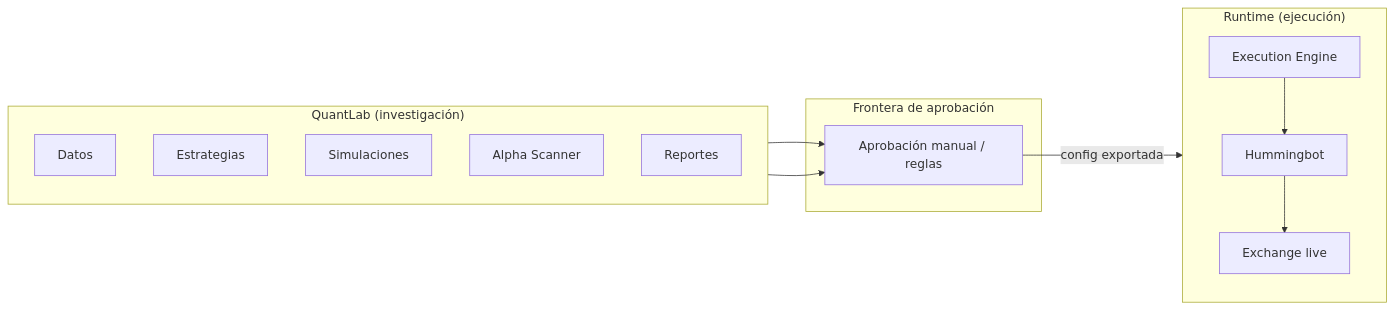
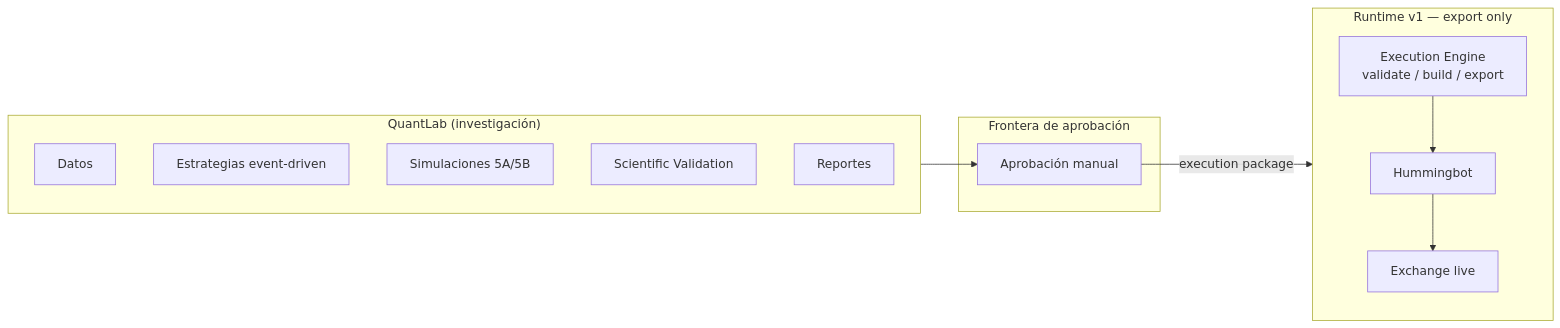
One commit to ssciarratta/QuantLab changed the seventh of 9 diagrams in docs/Diagrama.md. Above: the diagram before and after it, drawn with Mermaid. The commit also changed other lines of this file and 171 other files, not shown here.

````diff
--- a/docs/Diagrama.md
+++ b/docs/Diagrama.md
@@ -159,27 +234,26 @@
 ```mermaid
 flowchart LR
     subgraph QuantLab["QuantLab (investigación)"]
         direction TB
         Q1[Datos]
-        Q2[Estrategias]
-        Q3[Simulaciones]
-        Q4[Alpha Scanner]
+        Q2[Estrategias event-driven]
+        Q3[Simulaciones 5A/5B]
+        Q4[Scientific Validation]
         Q5[Reportes]
     end
 
     subgraph Boundary["Frontera de aprobación"]
-        APPR[Aprobación manual / reglas]
+        APPR[Aprobación manual]
     end
 
-    subgraph Runtime["Runtime (ejecución)"]
+    subgraph Runtime["Runtime v1 — export only"]
         direction TB
-        R1[Execution Engine]
+        R1[Execution Engine<br/>validate / build / export]
         R2[Hummingbot]
         R3[Exchange live]
     end
 
-    Q4 --> APPR
     Q5 --> APPR
-    APPR -->|config exportada| R1
+    APPR -->|execution package| R1
     R1 --> R2 --> R3
 ```
````
